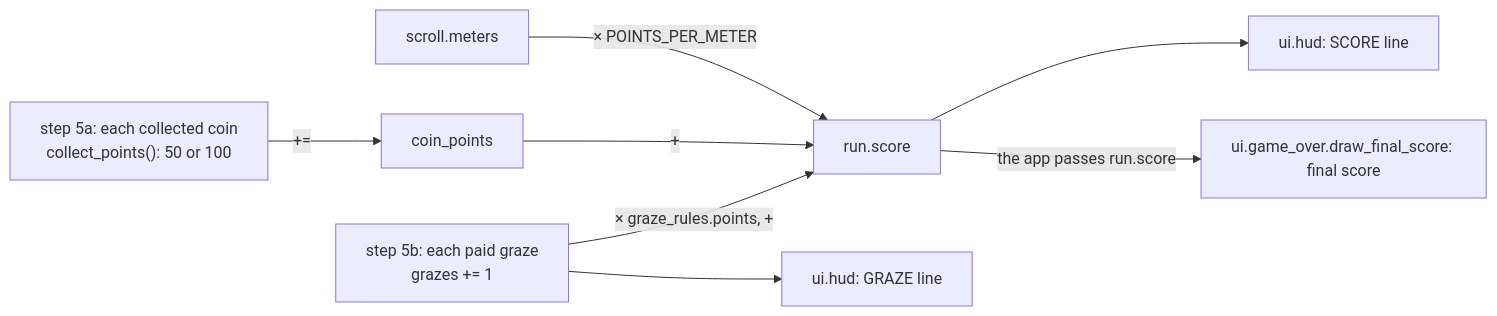
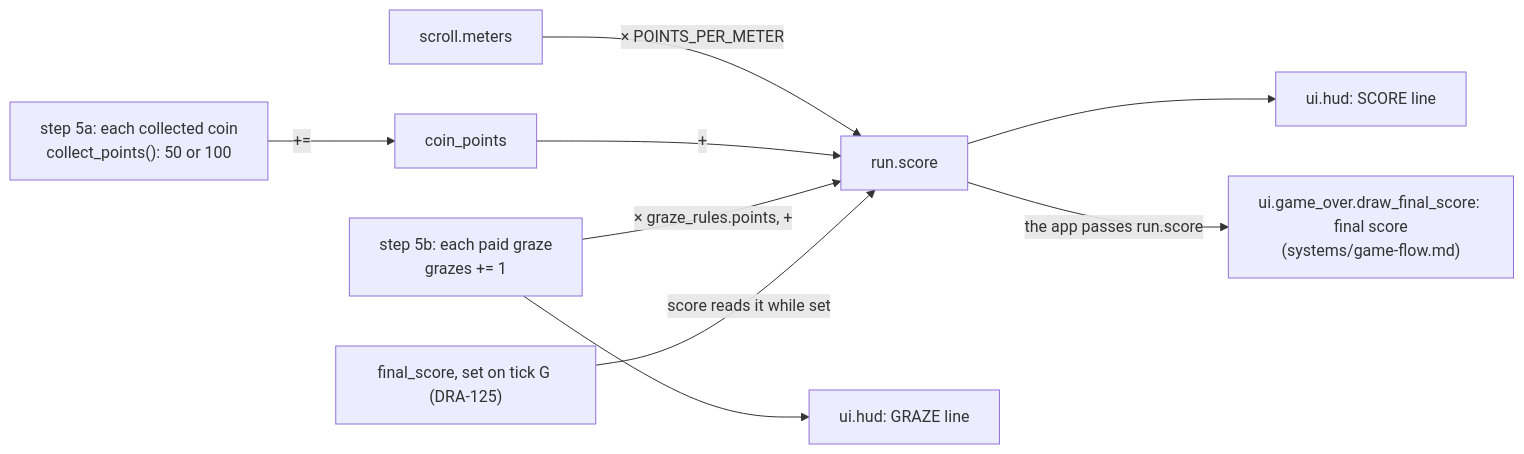
Before and after one commit to david-mntl/driftward-ace: the fourth of 4 diagrams in docs/contracts/systems/run.md, drawn with Mermaid. The commit also changed other lines of this file and 23 other files, not shown here.

Commit message:
docs(contracts): design DRA-125 screens, game-flow, last-life schema, tasks and integration checks

````diff
--- a/docs/contracts/systems/run.md
+++ b/docs/contracts/systems/run.md
@@ -106,10 +111,11 @@
 ```mermaid
 flowchart LR
   M["scroll.meters"] -- "× POINTS_PER_METER" --> S["run.score"]
   K["step 5a: each collected coin<br/>collect_points(): 50 or 100"] -- "+=" --> C["coin_points"]
   C -- "+" --> S
   GZ["step 5b: each paid graze<br/>grazes += 1"] -- "× graze_rules.points, +" --> S
   S --> HUD["ui.hud: SCORE line"]
   GZ --> HUD2["ui.hud: GRAZE line"]
-  S -- "the app passes run.score" --> GO["ui.game_over.draw_final_score: final score"]
+  S -- "the app passes run.score" --> GO["ui.game_over.draw_final_score: final score<br/>(systems/game-flow.md)"]
+  FS["final_score, set on tick G (DRA-125)"] -- "score reads it while set" --> S
 ```
````
